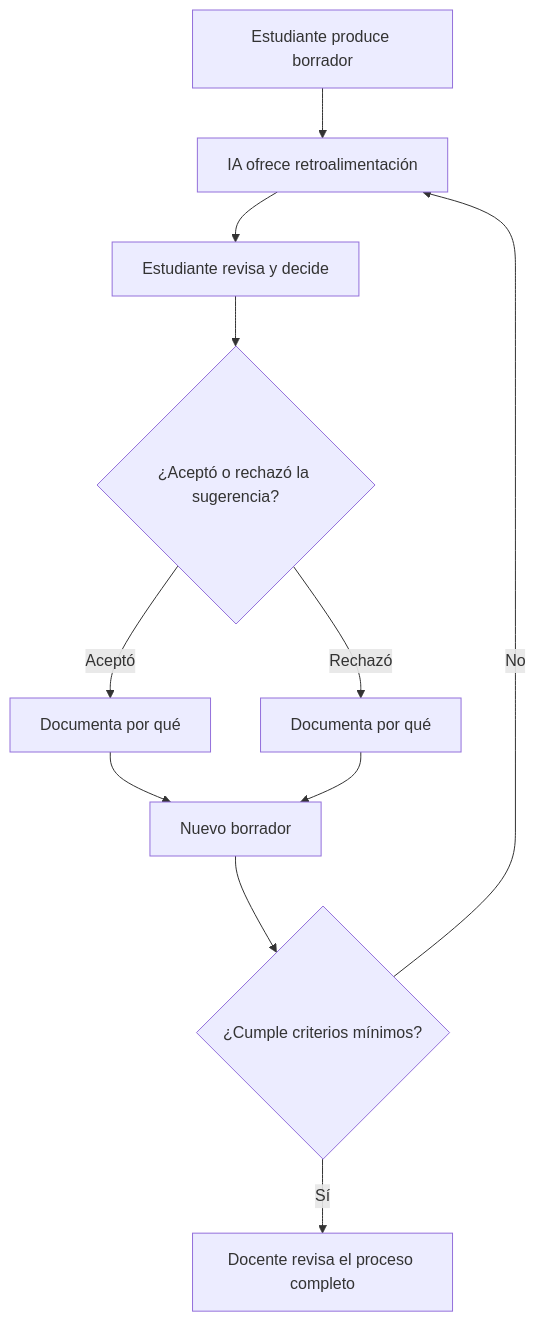
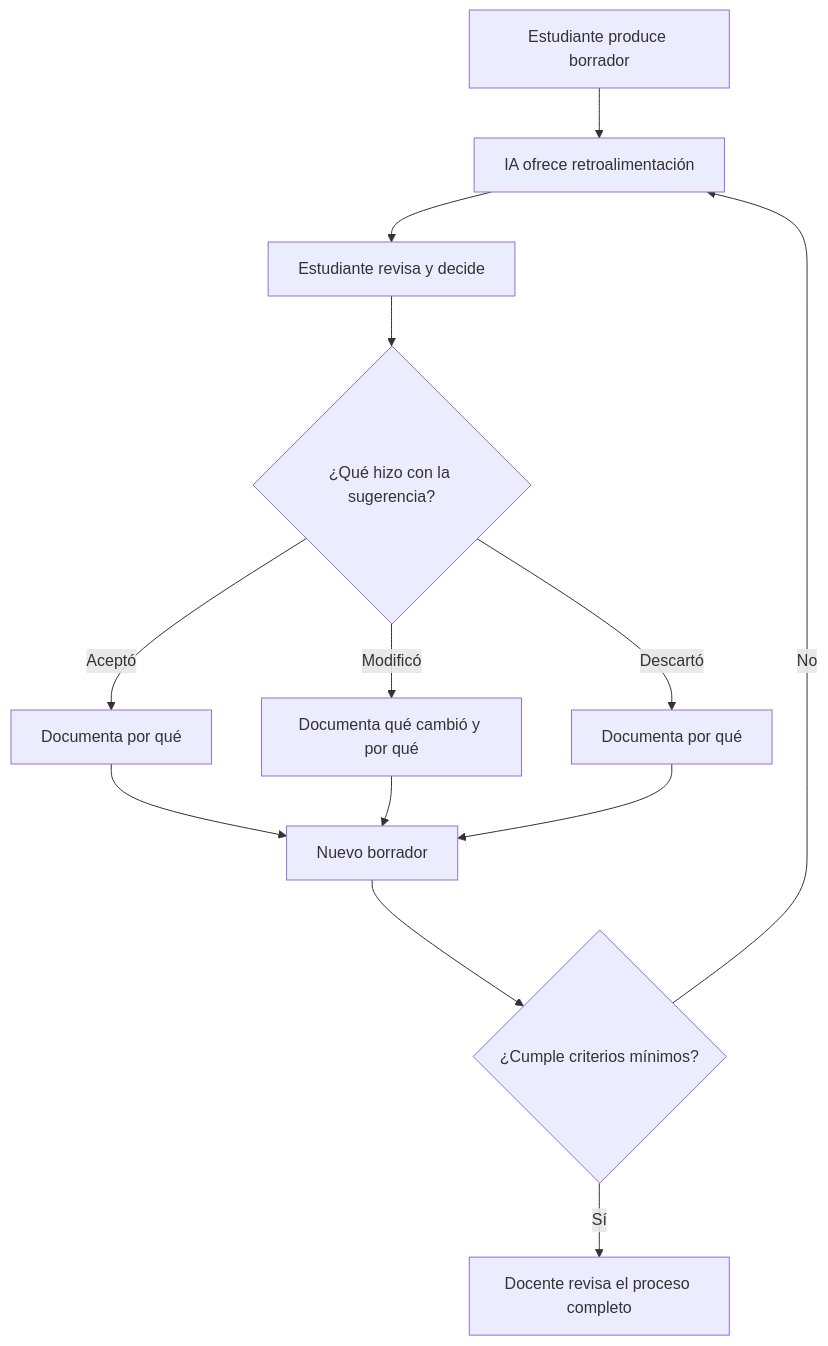
Before and after one commit to arqueon/aprendizaje-ia: the diagram in content/ia-educacion/guias/evaluacion-formativa-ia/index.md, drawn with Mermaid. The commit also changed other lines of this file and 732 other files, not shown here.

```diff
--- a/content/ia-educacion/guias/evaluacion-formativa-ia/index.md
+++ b/content/ia-educacion/guias/evaluacion-formativa-ia/index.md
@@ -88,13 +88,15 @@
 {{< mermaid >}}
 flowchart TD
     A[Estudiante produce borrador] --> B[IA ofrece retroalimentación]
     B --> C[Estudiante revisa y decide]
-    C --> D{¿Aceptó o rechazó la sugerencia?}
+    C --> D{¿Qué hizo con la sugerencia?}
     D -->|Aceptó| E[Documenta por qué]
-    D -->|Rechazó| F[Documenta por qué]
-    E --> G[Nuevo borrador]
-    F --> G
-    G --> H{¿Cumple criterios mínimos?}
-    H -->|No| B
-    H -->|Sí| I[Docente revisa el proceso completo]
+    D -->|Modificó| F[Documenta qué cambió y por qué]
+    D -->|Descartó| G[Documenta por qué]
+    E --> H[Nuevo borrador]
+    F --> H
+    G --> H
+    H --> I{¿Cumple criterios mínimos?}
+    I -->|No| B
+    I -->|Sí| J[Docente revisa el proceso completo]
 {{< /mermaid >}}
```
